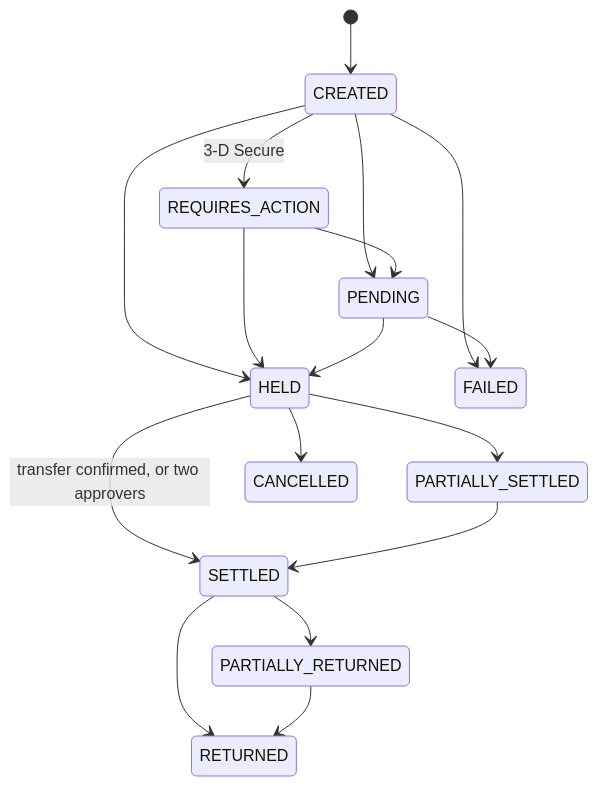
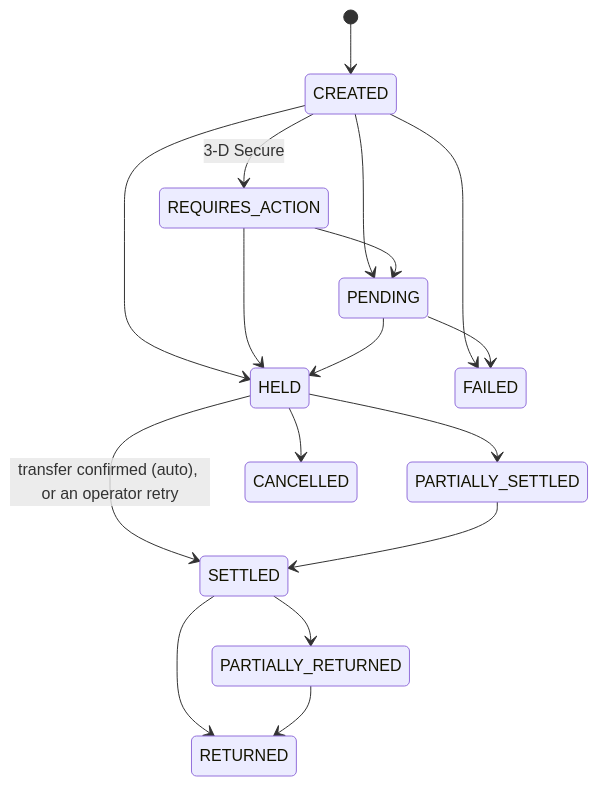
Before and after one commit to wa1eeed/carsell-web: the sixth of 7 diagrams in docs/workflows/state-machines.md, drawn with Mermaid. The commit also changed other lines of this file and 33 other files, not shown here.

````diff
--- a/docs/workflows/state-machines.md
+++ b/docs/workflows/state-machines.md
@@ -207,19 +207,19 @@
 ```mermaid
 stateDiagram-v2
     [*] --> CREATED
     CREATED --> REQUIRES_ACTION : 3-D Secure
     CREATED --> PENDING
     CREATED --> HELD
     REQUIRES_ACTION --> PENDING
     REQUIRES_ACTION --> HELD
     PENDING --> HELD
-    HELD --> SETTLED : transfer confirmed, or two approvers
+    HELD --> SETTLED : transfer confirmed (auto), or an operator retry
     HELD --> PARTIALLY_SETTLED
     HELD --> CANCELLED
     PARTIALLY_SETTLED --> SETTLED
     SETTLED --> RETURNED
     SETTLED --> PARTIALLY_RETURNED
     PARTIALLY_RETURNED --> RETURNED
     CREATED --> FAILED
     PENDING --> FAILED
 ```
````
